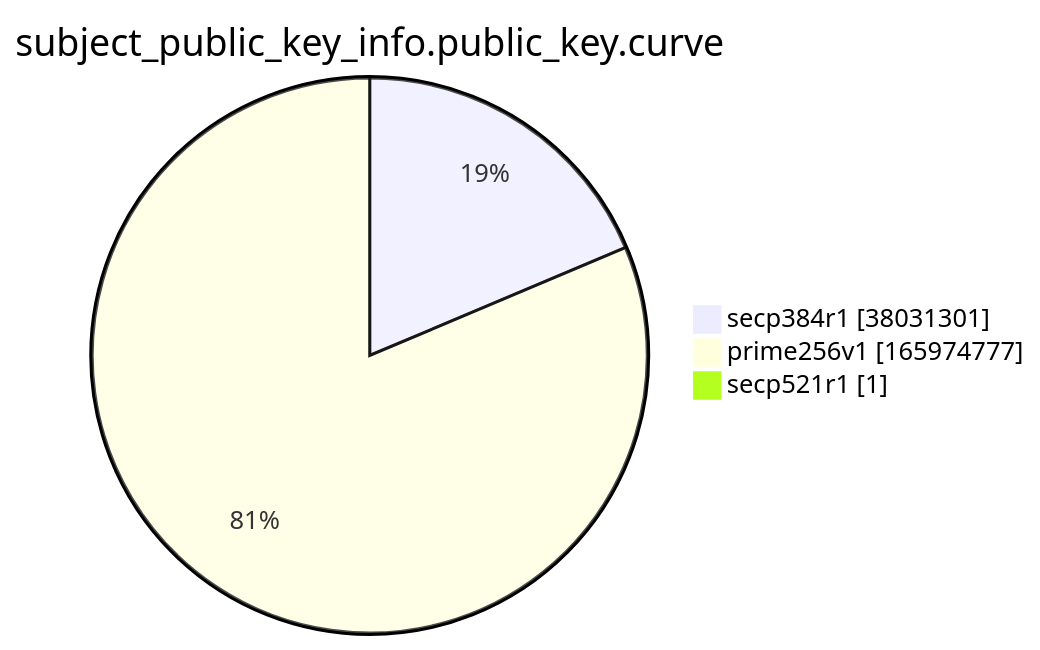
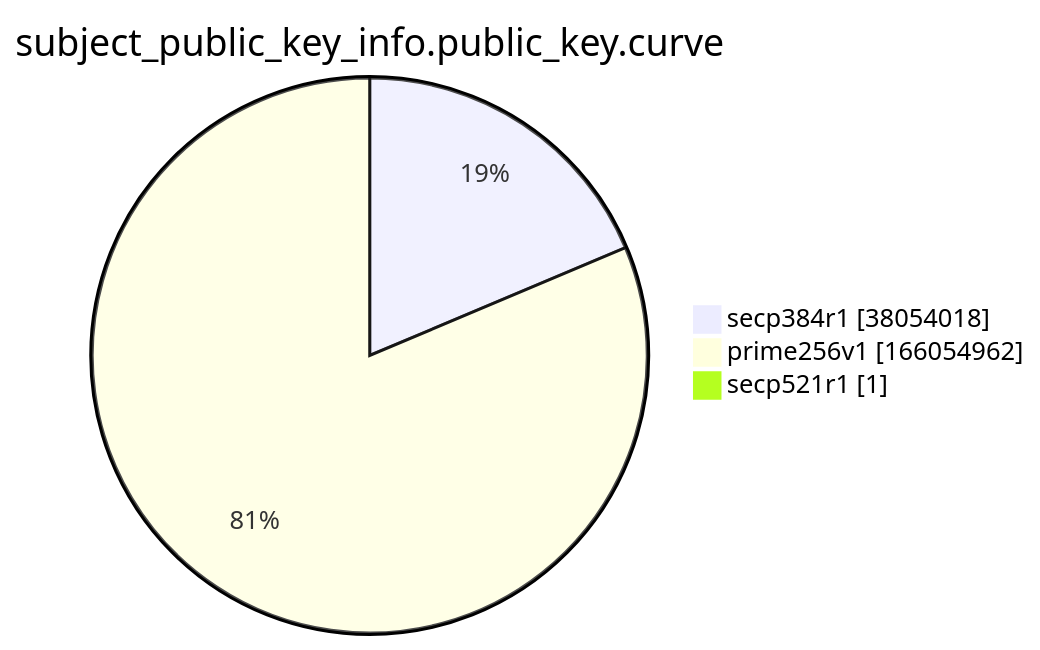
The ninth of 15 diagrams in argon2022/README.md (christiankrug/ctmonitor_visualization), drawn with Mermaid before and after one commit. The commit also changed other lines of this file, not shown here.

````diff
--- a/argon2022/README.md
+++ b/argon2022/README.md
@@ -2766,7 +2766,7 @@
 ```mermaid
 pie showData
 title subject_public_key_info.public_key.curve
-"secp384r1" :38031301
-"prime256v1" :165974777
+"secp384r1" :38054018
+"prime256v1" :166054962
 "secp521r1" :1
 ```
````
